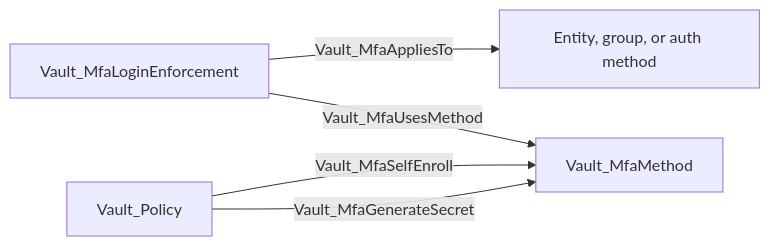
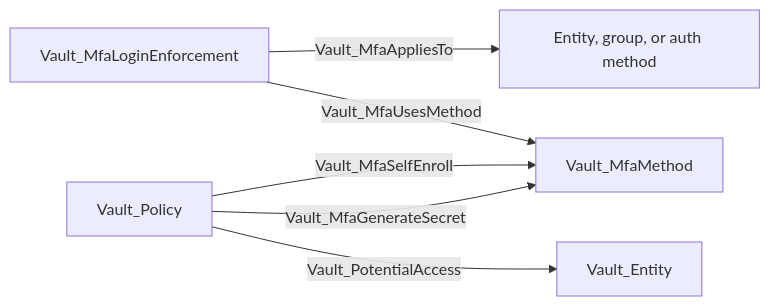
One commit to bytewreck/opengraph-vault changed the tenth of 11 diagrams in Documentation/stores/IDENTITY.md. Above: the diagram before and after it, drawn with Mermaid. The commit also changed other lines of this file and 12 other files, not shown here.

````diff
--- a/Documentation/stores/IDENTITY.md
+++ b/Documentation/stores/IDENTITY.md
@@ -156,7 +168,8 @@
 ```mermaid
 flowchart LR
     enforcement -->|Vault_MfaAppliesTo| target[Entity, group, or auth method]
     enforcement[Vault_MfaLoginEnforcement] -->|Vault_MfaUsesMethod| method[Vault_MfaMethod]
     policy[Vault_Policy] -->|Vault_MfaSelfEnroll| method
     policy -->|Vault_MfaGenerateSecret| method
+    policy -->|Vault_PotentialAccess| entity[Vault_Entity]
 ```
````
